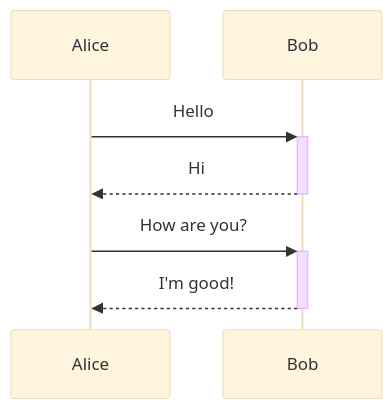
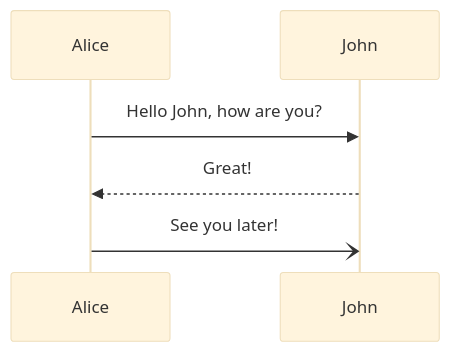
One commit to teachingai/full-stack-skills changed the first of 26 diagrams in skills/mermaid/examples/sequence.md. Above: the diagram before and after it, drawn with Mermaid (base theme). The commit also changed other lines of this file and 21 other files, not shown here.

First line of the commit message:
docs(mermaid): 更新架构、块、C4和类图示例文档

````diff
--- a/skills/mermaid/examples/sequence.md
+++ b/skills/mermaid/examples/sequence.md
@@ -61,10 +45,6 @@
 ```mermaid
 sequenceDiagram
-    participant A as Alice
-    participant B as Bob
-
-    A->>+B: Hello
-    B-->>-A: Hi
-    A->>+B: How are you?
-    B-->>-A: I'm good!
+    Alice->>John: Hello John, how are you?
+    John-->>Alice: Great!
+    Alice-)John: See you later!
 ```
````
